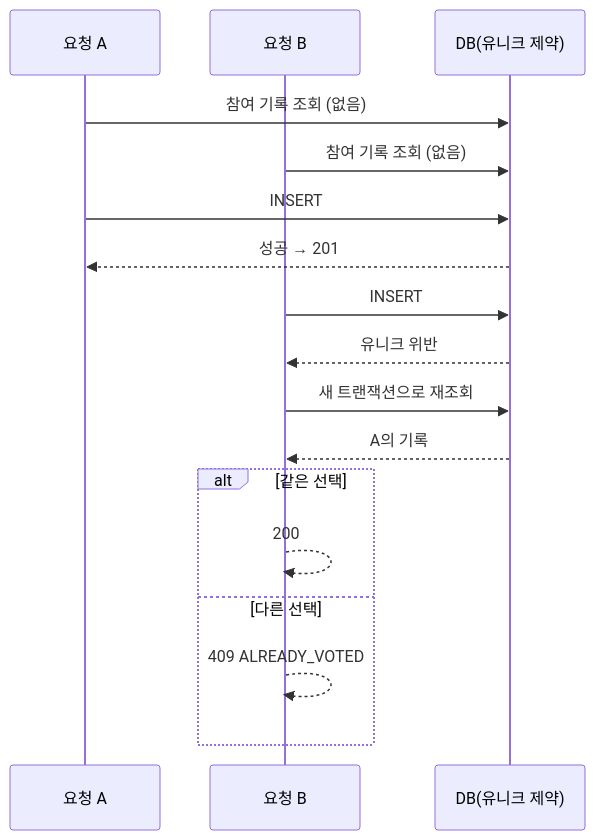
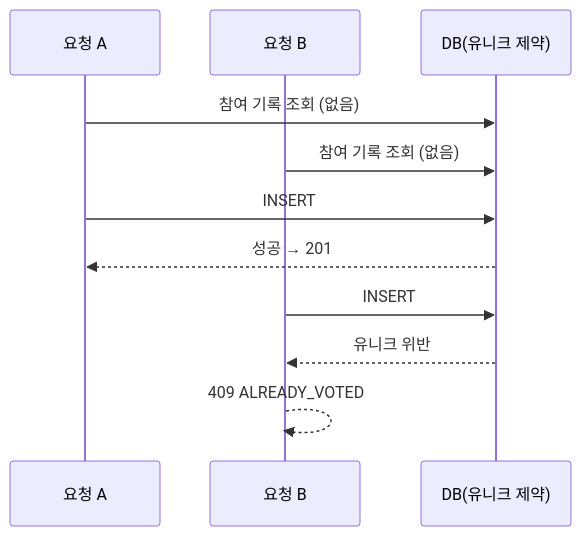
Before and after one commit to kwakseobang/AuDDum: the third of 3 diagrams in docs/인증-중복-참여.md, drawn with Mermaid. The commit also changed other lines of this file and 58 other files, not shown here.

````diff
--- a/docs/인증-중복-참여.md
+++ b/docs/인증-중복-참여.md
@@ -176,19 +177,13 @@
 ```mermaid
 sequenceDiagram
     participant A as 요청 A
     participant B as 요청 B
     participant DB as DB(유니크 제약)
     A->>DB: 참여 기록 조회 (없음)
     B->>DB: 참여 기록 조회 (없음)
     A->>DB: INSERT
     DB-->>A: 성공 → 201
     B->>DB: INSERT
     DB-->>B: 유니크 위반
-    B->>DB: 새 트랜잭션으로 재조회
-    DB-->>B: A의 기록
-    alt 같은 선택
-        B-->>B: 200
-    else 다른 선택
-        B-->>B: 409 ALREADY_VOTED
-    end
+    B-->>B: 409 ALREADY_VOTED
 ```
````
